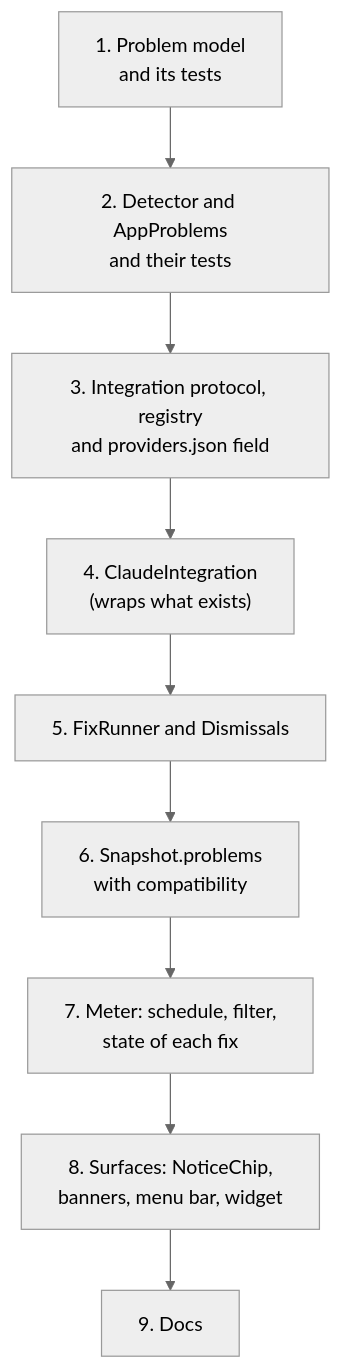
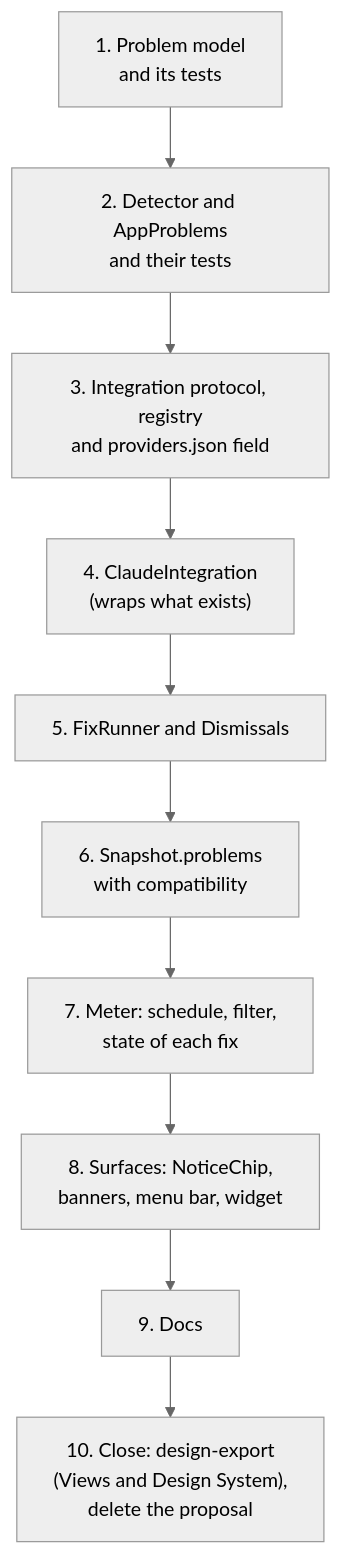
One commit to fmmenchi/tokenmeter changed the sixth of 6 diagrams in docs/features/2026-10-30-alerts-with-a-fix/plan.md. Above: the diagram before and after it, drawn with Mermaid (neutral theme). The commit also changed other lines of this file, not shown here.

Commit message:
docs: close the alerts plan with design export and the proposal

````diff
--- a/docs/features/2026-10-30-alerts-with-a-fix/plan.md
+++ b/docs/features/2026-10-30-alerts-with-a-fix/plan.md
@@ -214,13 +214,14 @@
 ```mermaid
 flowchart TD
   S1["1. Problem model<br/>and its tests"]
   S2["2. Detector and AppProblems<br/>and their tests"]
   S3["3. Integration protocol, registry<br/>and providers.json field"]
   S4["4. ClaudeIntegration<br/>(wraps what exists)"]
   S5["5. FixRunner and Dismissals"]
   S6["6. Snapshot.problems<br/>with compatibility"]
   S7["7. Meter: schedule, filter,<br/>state of each fix"]
   S8["8. Surfaces: NoticeChip,<br/>banners, menu bar, widget"]
   S9["9. Docs"]
-  S1 --> S2 --> S3 --> S4 --> S5 --> S6 --> S7 --> S8 --> S9
+  S10["10. Close: design-export<br/>(Views and Design System),<br/>delete the proposal"]
+  S1 --> S2 --> S3 --> S4 --> S5 --> S6 --> S7 --> S8 --> S9 --> S10
 ```
````
